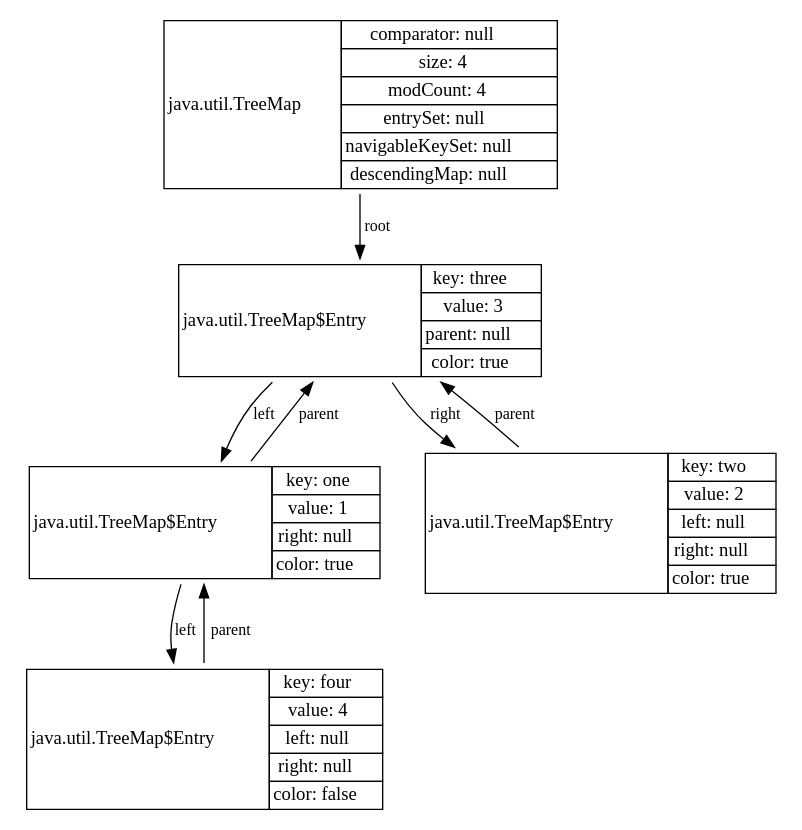
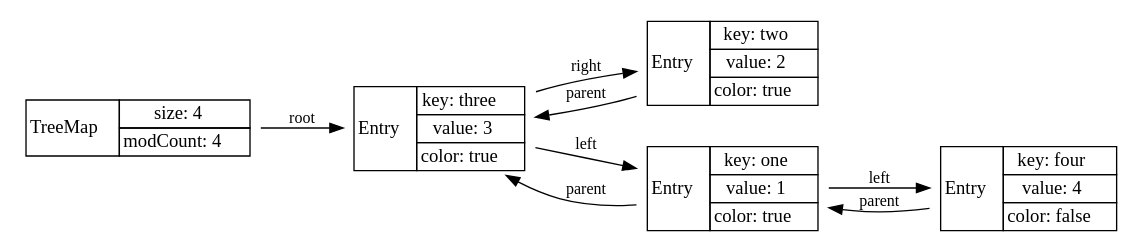
Before and after one commit to openjdk/jol: diagram 16 of 18 in doc/src/main/asciidoc/start.adoc, drawn with Graphviz. The commit also changed other lines of this file and 3 other files, not shown here.

```diff
--- a/doc/src/main/asciidoc/start.adoc
+++ b/doc/src/main/asciidoc/start.adoc
@@ -2389,15 +1815,12 @@
 [graphviz]
 ----
 digraph Java {
-	rankdir="TB";
+	rankdir="LR";
 	node[shape=plaintext]
 	n1[label=<
 		<table border='0' cellborder='1' cellspacing='0'>
 			<tr>
-				<td rowspan='7'>java.util.TreeMap</td>
-			</tr>
-			<tr>
-				<td>comparator: null</td>
+				<td rowspan='3'>TreeMap</td>
 			</tr>
 			<tr>
 				<td>size: 4</td>
@@ -2405,30 +1828,18 @@
 			<tr>
 				<td>modCount: 4</td>
 			</tr>
-			<tr>
-				<td>entrySet: null</td>
-			</tr>
-			<tr>
-				<td>navigableKeySet: null</td>
-			</tr>
-			<tr>
-				<td>descendingMap: null</td>
-			</tr>
 		</table>
 	>];
 	n2[label=<
 		<table border='0' cellborder='1' cellspacing='0'>
 			<tr>
-				<td rowspan='5'>java.util.TreeMap$Entry</td>
+				<td rowspan='4'>Entry</td>
 			</tr>
 			<tr>
 				<td>key: three</td>
 			</tr>
 			<tr>
 				<td>value: 3</td>
-			</tr>
-			<tr>
-				<td>parent: null</td>
 			</tr>
 			<tr>
 				<td>color: true</td>
@@ -2438,7 +1849,25 @@
 	n3[label=<
 		<table border='0' cellborder='1' cellspacing='0'>
 			<tr>
-				<td rowspan='5'>java.util.TreeMap$Entry</td>
+				<td rowspan='4'>Entry</td>
+			</tr>
+			<tr>
+				<td>key: two</td>
+			</tr>
+			<tr>
+				<td>value: 2</td>
+			</tr>
+			<tr>
+				<td>color: true</td>
+			</tr>
+		</table>
+	>];
+	n3 -> n2[label="parent",fontsize=12];
+	n2 -> n3[label="right",fontsize=12];
+	n4[label=<
+		<table border='0' cellborder='1' cellspacing='0'>
+			<tr>
+				<td rowspan='4'>Entry</td>
 			</tr>
 			<tr>
 				<td>key: one</td>
@@ -2447,17 +1876,15 @@
 				<td>value: 1</td>
 			</tr>
 			<tr>
-				<td>right: null</td>
-			</tr>
-			<tr>
 				<td>color: true</td>
 			</tr>
 		</table>
 	>];
-	n4[label=<
+	n4 -> n2[label="parent",fontsize=12];
+	n5[label=<
 		<table border='0' cellborder='1' cellspacing='0'>
 			<tr>
-				<td rowspan='6'>java.util.TreeMap$Entry</td>
+				<td rowspan='4'>Entry</td>
 			</tr>
 			<tr>
 				<td>key: four</td>
@@ -2466,44 +1893,13 @@
 				<td>value: 4</td>
 			</tr>
 			<tr>
-				<td>left: null</td>
-			</tr>
-			<tr>
-				<td>right: null</td>
-			</tr>
-			<tr>
 				<td>color: false</td>
 			</tr>
 		</table>
 	>];
-	n4 -> n3[label="parent",fontsize=12];
-	n3 -> n4[label="left",fontsize=12];
-	n3 -> n2[label="parent",fontsize=12];
-	n2 -> n3[label="left",fontsize=12];
-	n5[label=<
-		<table border='0' cellborder='1' cellspacing='0'>
-			<tr>
-				<td rowspan='6'>java.util.TreeMap$Entry</td>
-			</tr>
-			<tr>
-				<td>key: two</td>
-			</tr>
-			<tr>
-				<td>value: 2</td>
-			</tr>
-			<tr>
-				<td>left: null</td>
-			</tr>
-			<tr>
-				<td>right: null</td>
-			</tr>
-			<tr>
-				<td>color: true</td>
-			</tr>
-		</table>
-	>];
-	n5 -> n2[label="parent",fontsize=12];
-	n2 -> n5[label="right",fontsize=12];
+	n5 -> n4[label="parent",fontsize=12];
+	n4 -> n5[label="left",fontsize=12];
+	n2 -> n4[label="left",fontsize=12];
 	n1 -> n2[label="root",fontsize=12];
 }
 
```
